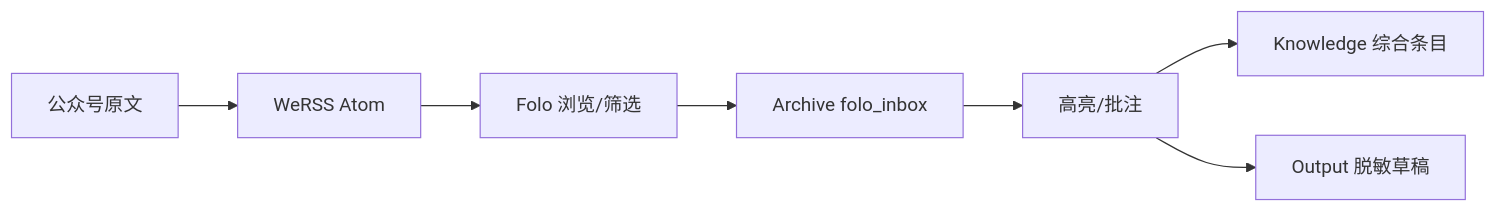
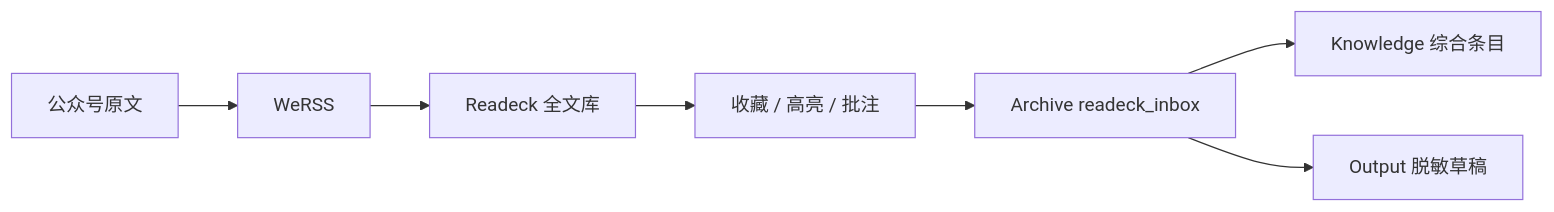
Before and after one commit to summerchaserwwz/wechat-rss-reader: the second of 2 diagrams in coding-agent-harness/planning/tasks/2026-07-14-werss-folo-obsidian-7118a818/visual_map.md, drawn with Mermaid. The commit also changed other lines of this file and 54 other files, not shown here.

Commit message:
feat: replace Folo with self-hosted Readeck pipeline

````diff
--- a/coding-agent-harness/planning/tasks/2026-07-14-werss-folo-obsidian-7118a818/visual_map.md
+++ b/coding-agent-harness/planning/tasks/2026-07-14-werss-folo-obsidian-7118a818/visual_map.md
@@ -42,7 +34,7 @@
 ```mermaid
 flowchart LR
-  WX["公众号原文"] --> RSS["WeRSS Atom"] --> FOLO["Folo 浏览/筛选"] --> INBOX["Archive folo_inbox"]
-  INBOX --> NOTE["高亮/批注"]
-  NOTE --> KNOW["Knowledge 综合条目"]
-  NOTE --> OUTPUT["Output 脱敏草稿"]
+  WX["公众号原文"] --> W["WeRSS"] --> R["Readeck 全文库"]
+  R --> H["收藏 / 高亮 / 批注"] --> O["Archive readeck_inbox"]
+  O --> K["Knowledge 综合条目"]
+  O --> OUT["Output 脱敏草稿"]
 ```
````
